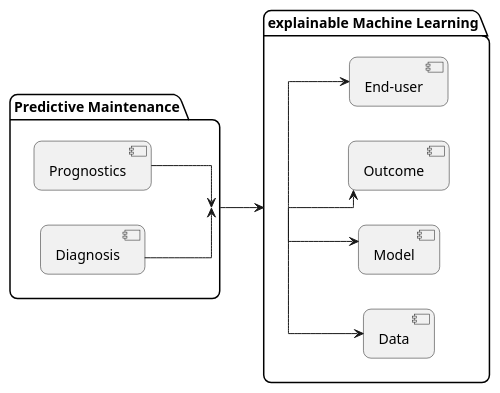
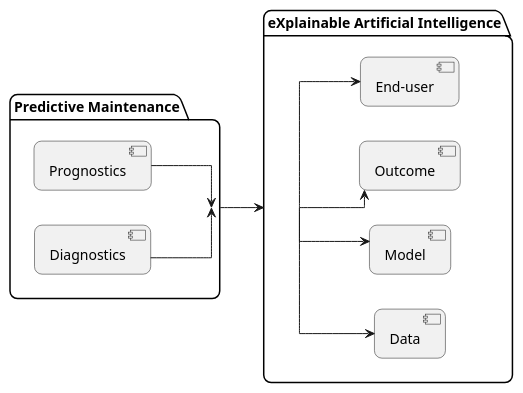
One commit to iammelvink/msc-research changed the diagram in plantuml-imp/PdM_XAI_illustration.wsd. Above: the diagram before and after it, drawn with PlantUML.

Commit message:
updated plantUML code

```diff
--- a/plantuml-imp/PdM_XAI_illustration.wsd
+++ b/plantuml-imp/PdM_XAI_illustration.wsd
@@ -1,38 +1,38 @@
 @startuml "PdM_XAI_illustration"
 ' top to bottom direction
 ' left to right direction
-' title "PdM and explainable ML illustration"
+' title "PdM and XAI illustration"
 ' header "PdM XAI illustration"
 ' !theme sketchy
 ' skinparam conditionStyle InsideDiamond
 ' skinparam conditionStyle inside
 ' skinparam conditionStyle diamond
 skinparam ConditionEndStyle hline
 skinparam monochrome true
 skinparam shadowing false
 skinparam roundcorner 15
 skinparam linetype ortho
 
 ' skinparam Style strictuml
 ' skinparam Handwritten true
 
 ' !define LIGHTSTYLE
 ' !define DARKRED
 ' !include https://raw.githubusercontent.com/Drakemor/RedDress-PlantUML/master/style.puml
 
 left to right direction
 package "Predictive Maintenance" {
   ' [Anomaly detection] --> [Predictive Maintenance]
   [Prognostics] --> [Predictive Maintenance]
-  [Diagnosis] --> [Predictive Maintenance]
+  [Diagnostics] --> [Predictive Maintenance]
 }
 
-package "explainable Machine Learning" {
-  [explainable Machine Learning] --> [End-user]
-  [explainable Machine Learning] --> [Outcome]
-  [explainable Machine Learning] --> [Model]
-  [explainable Machine Learning] --> [Data]
+package "eXplainable Artificial Intelligence" {
+  [eXplainable Artificial Intelligence] --> [End-user]
+  [eXplainable Artificial Intelligence] --> [Outcome]
+  [eXplainable Artificial Intelligence] --> [Model]
+  [eXplainable Artificial Intelligence] --> [Data]
 }
 
-[Predictive Maintenance] --> [explainable Machine Learning]
+[Predictive Maintenance] --> [eXplainable Artificial Intelligence]
 @enduml
```
